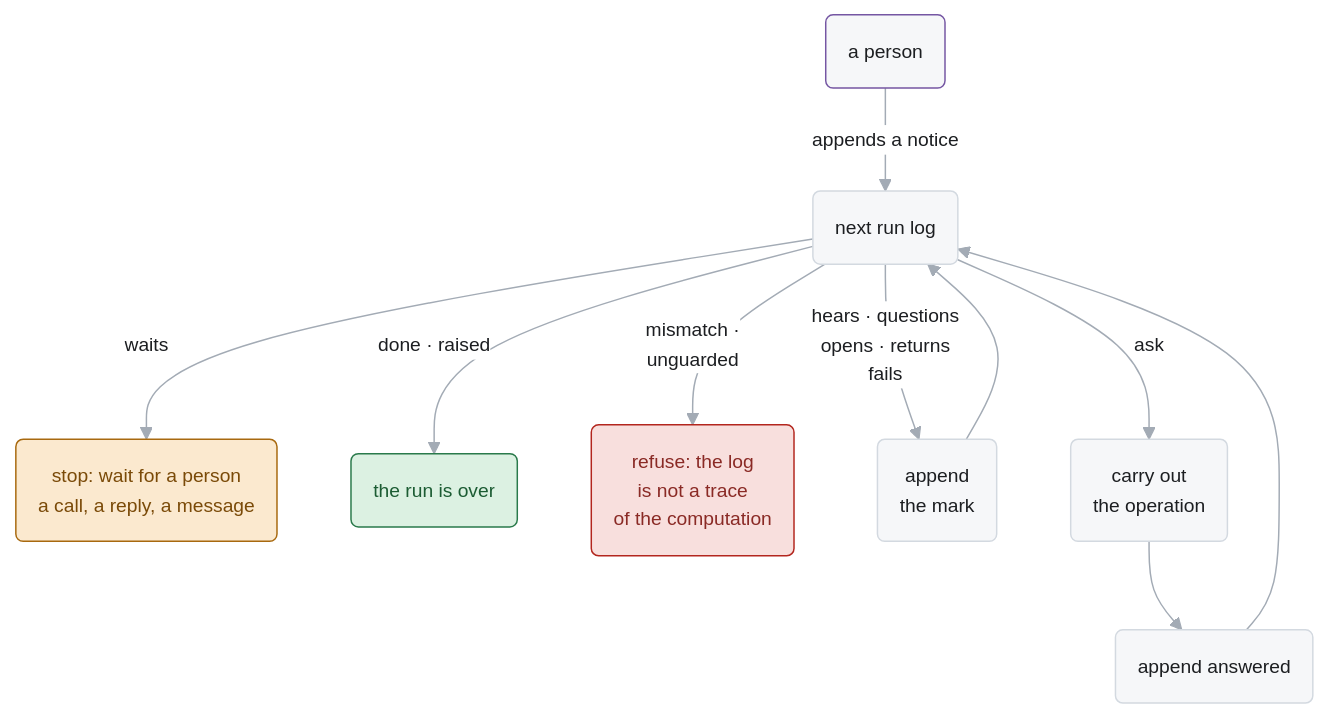
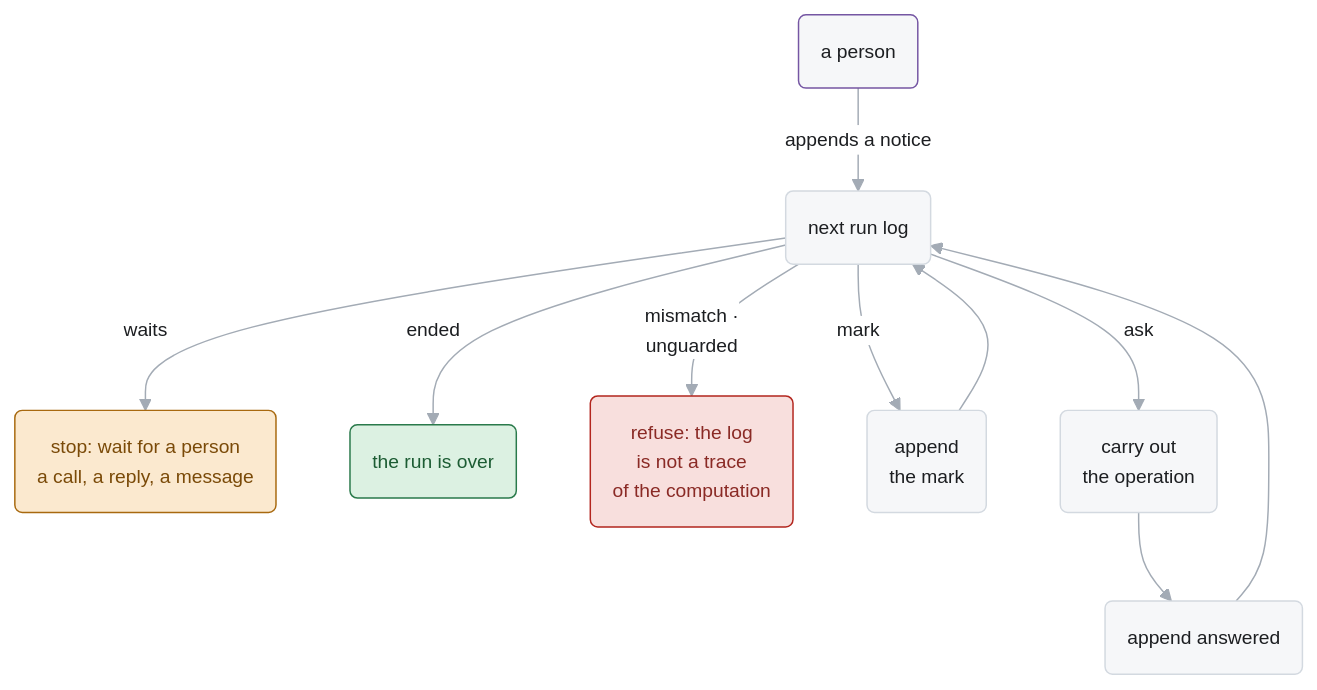
One commit to pku-xht/alaya changed the third of 6 diagrams in docs/agent-api.md. Above: the diagram before and after it, drawn with Mermaid. The commit also changed other lines of this file and 9 other files, not shown here.

First line of the commit message:
Make Next an event to append, or why there is none yet

````diff
--- a/docs/agent-api.md
+++ b/docs/agent-api.md
@@ -407,18 +407,18 @@
 ```mermaid
 %%{init: {"theme": "base", "themeVariables": {"fontFamily": "BlinkMacSystemFont, Segoe UI, Helvetica, Arial", "fontSize": "13px", "primaryColor": "#f6f7f9", "primaryTextColor": "#1c1e21", "primaryBorderColor": "#d3d9e0", "lineColor": "#a3abb5", "textColor": "#6f7985", "edgeLabelBackground": "#ffffff", "clusterBkg": "#fafbfc", "clusterBorder": "#e3e6ea"}}}%%
 flowchart TD
   classDef notice stroke:#7556a3
   classDef ok fill:#dcf1e2,stroke:#2a7a4b,color:#1c5c33
   classDef bad fill:#f8dfdd,stroke:#b3261e,color:#8a2a25
   classDef wait fill:#fbe9cf,stroke:#a8690f,color:#7a4a08
 
   person("a person"):::notice -- "appends a notice" --> next("next run log")
   next -- "waits" --> waits("stop: wait for a person<br/>a call, a reply, a message"):::wait
-  next -- "done · raised" --> over("the run is over"):::ok
+  next -- "ended" --> over("the run is over"):::ok
   next -- "mismatch ·<br/>unguarded" --> refuse("refuse: the log<br/>is not a trace<br/>of the computation"):::bad
-  next -- "hears · questions<br/>opens · returns<br/>fails" --> mark("append<br/>the mark")
+  next -- "mark" --> mark("append<br/>the mark")
   mark --> next
   next -- "ask" --> act("carry out<br/>the operation") --> answered("append answered")
   answered --> next
   linkStyle default stroke-width:1px
 ```
````
